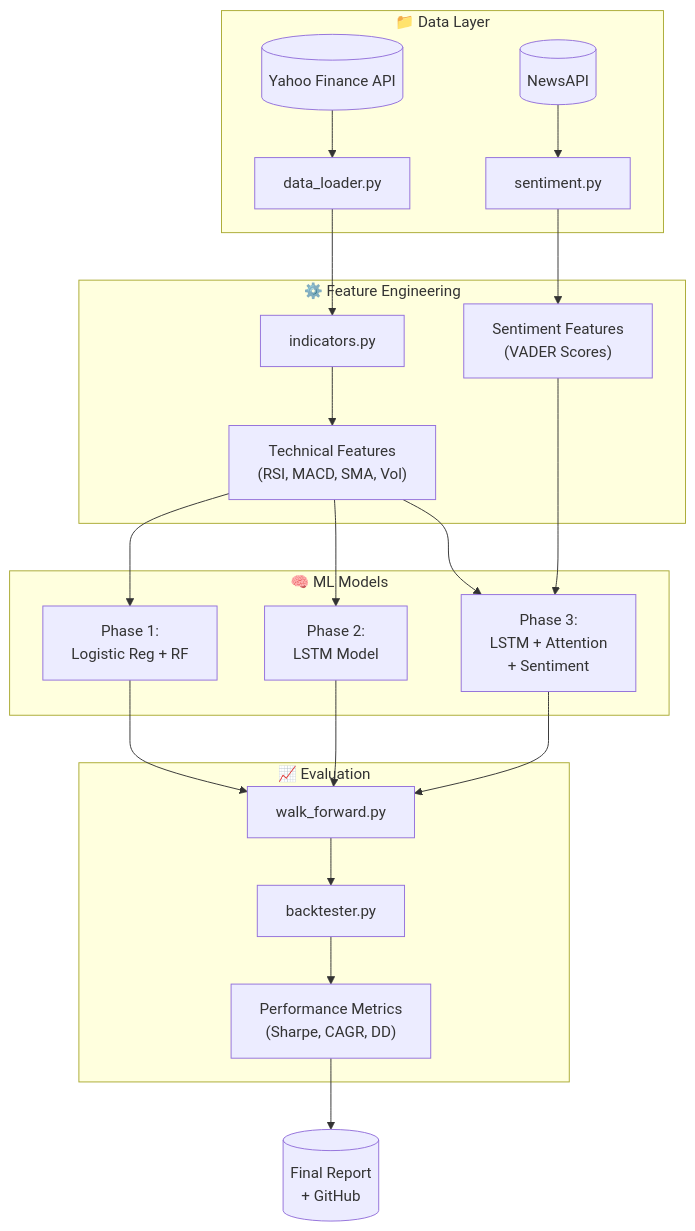
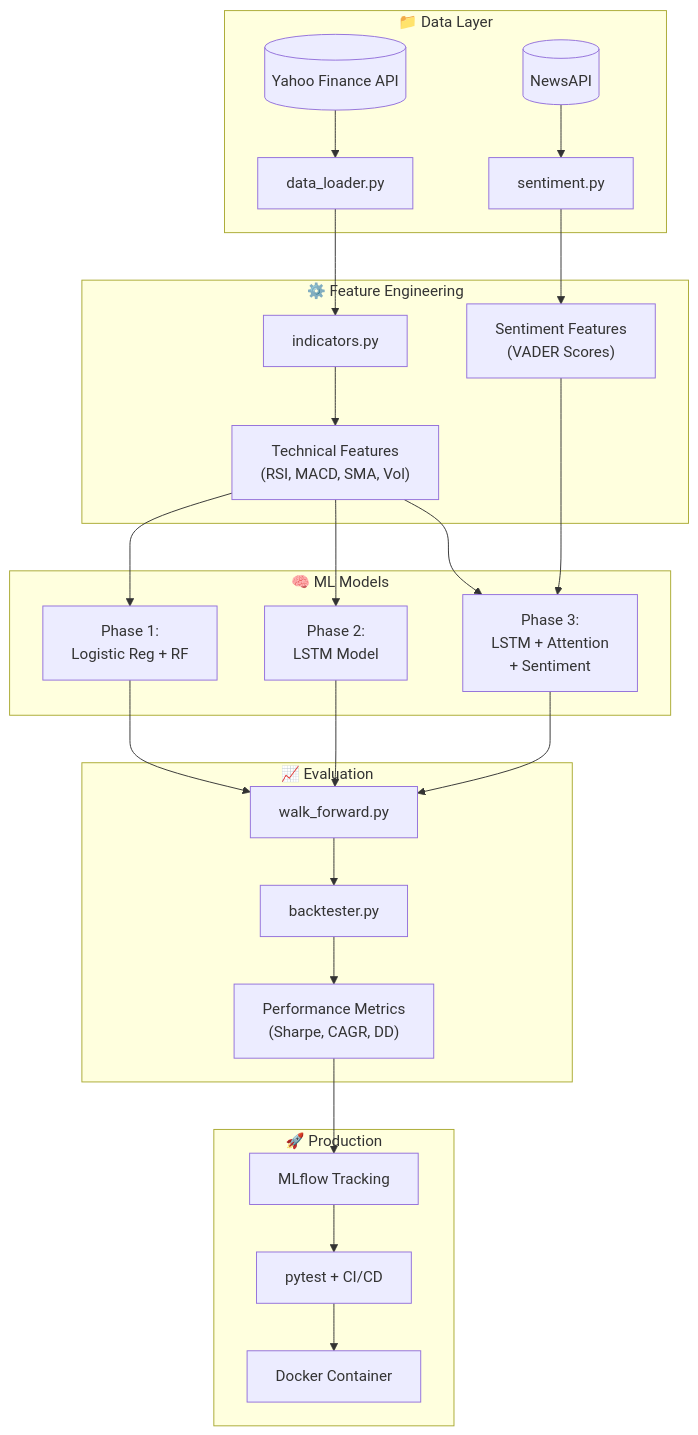
Before and after one commit to Rudyy75/Market-Oracle: the first of 5 diagrams in Phases.md, drawn with Mermaid. The commit also changed other lines of this file, not shown here.

````diff
--- a/Phases.md
+++ b/Phases.md
@@ -11,27 +11,31 @@
 ```mermaid
 flowchart TB
     subgraph DATA["📁 Data Layer"]
         A[("Yahoo Finance API")] --> B["data_loader.py"]
         C[("NewsAPI")] --> D["sentiment.py"]
     end
     
     subgraph FEATURES["⚙️ Feature Engineering"]
         B --> E["indicators.py"]
         E --> F["Technical Features<br>(RSI, MACD, SMA, Vol)"]
         D --> G["Sentiment Features<br>(VADER Scores)"]
     end
     
     subgraph MODELS["🧠 ML Models"]
         F --> H["Phase 1:<br>Logistic Reg + RF"]
         F --> I["Phase 2:<br>LSTM Model"]
         F & G --> J["Phase 3:<br>LSTM + Attention<br>+ Sentiment"]
     end
     
     subgraph EVAL["📈 Evaluation"]
         H & I & J --> K["walk_forward.py"]
         K --> L["backtester.py"]
         L --> M["Performance Metrics<br>(Sharpe, CAGR, DD)"]
     end
     
-    M --> N[("Final Report<br>+ GitHub")]
+    subgraph PROD["🚀 Production"]
+        M --> N["MLflow Tracking"]
+        N --> O["pytest + CI/CD"]
+        O --> P["Docker Container"]
+    end
 ```
````
